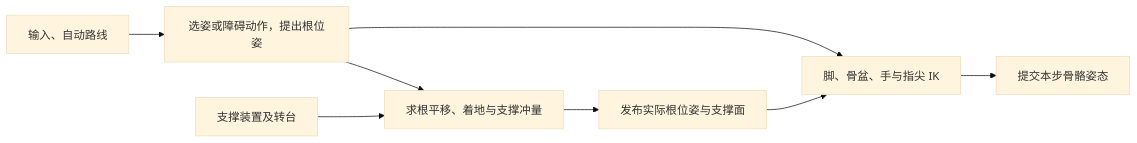
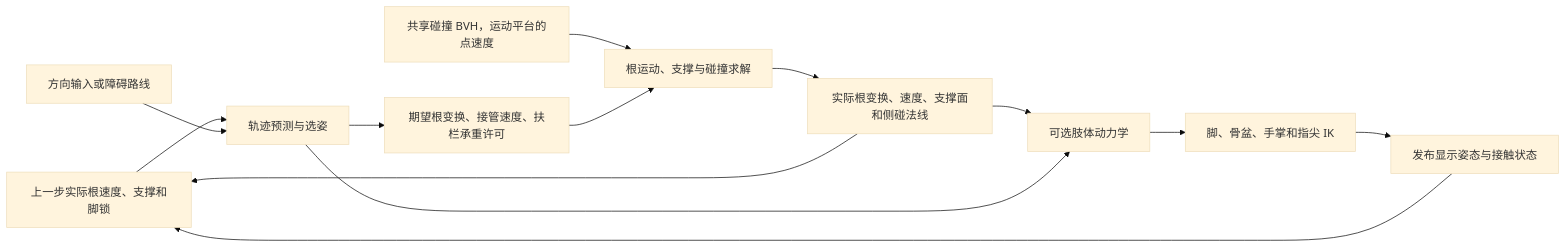
Before and after one commit to re-define/render-lab: the diagram in docs/animation-physics.md, drawn with Mermaid (base theme). The commit also changed other lines of this file and 51 other files, not shown here.

````diff
--- a/docs/animation-physics.md
+++ b/docs/animation-physics.md
@@ -15,10 +27,15 @@
 ```mermaid
 flowchart LR
-    Intent["输入、自动路线"] --> Base["选姿或障碍动作，提出根位姿"]
-    Support["支撑装置及转台"] --> Solve["求根平移、着地与支撑冲量"]
-    Base --> Solve
-    Solve --> Record["发布实际根位姿与支撑面"]
-    Base --> IK["脚、骨盆、手与指尖 IK"]
-    Record --> IK
-    IK --> Pose["提交本步骨骼姿态"]
+    Prev["上一步实际根速度、支撑和脚锁"] --> Search["轨迹预测与选姿"]
+    Input["方向输入或障碍路线"] --> Search
+    Search --> Proposal["期望根变换、接管速度、扶栏承重许可"]
+    Boxes["共享碰撞 BVH，运动平台的点速度"] --> Solve["根运动、支撑与碰撞求解"]
+    Proposal --> Solve
+    Solve --> Result["实际根变换、速度、支撑面和侧碰法线"]
+    Result --> Limbs["可选肢体动力学"]
+    Search --> Limbs
+    Limbs --> IK["脚、骨盆、手掌和指尖 IK"]
+    IK --> Pose["发布显示姿态与接触状态"]
+    Result --> Prev
+    Pose --> Prev
 ```
````
